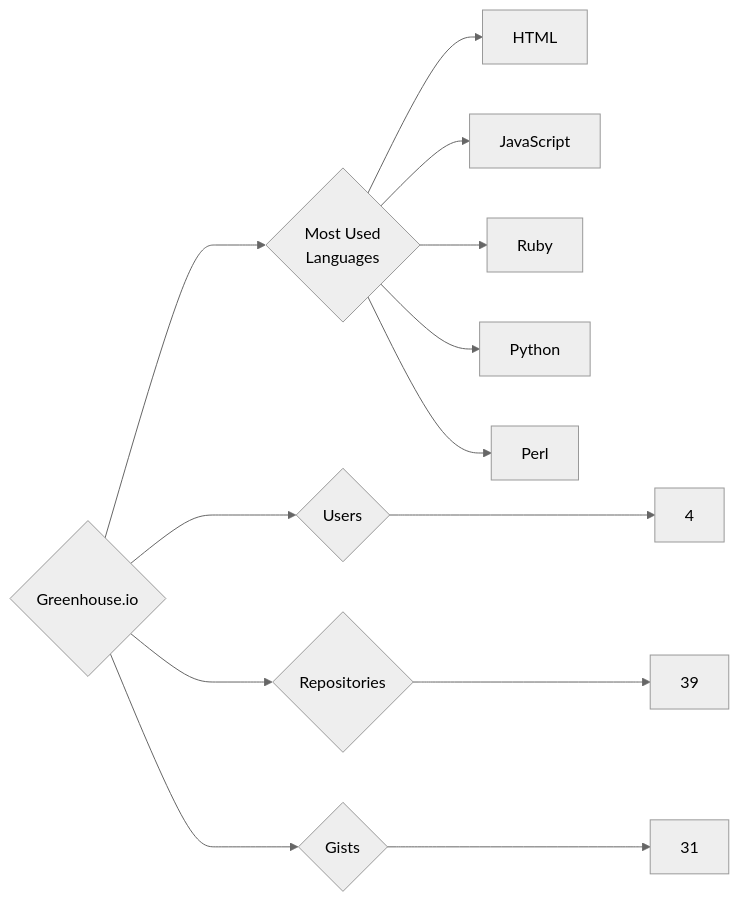
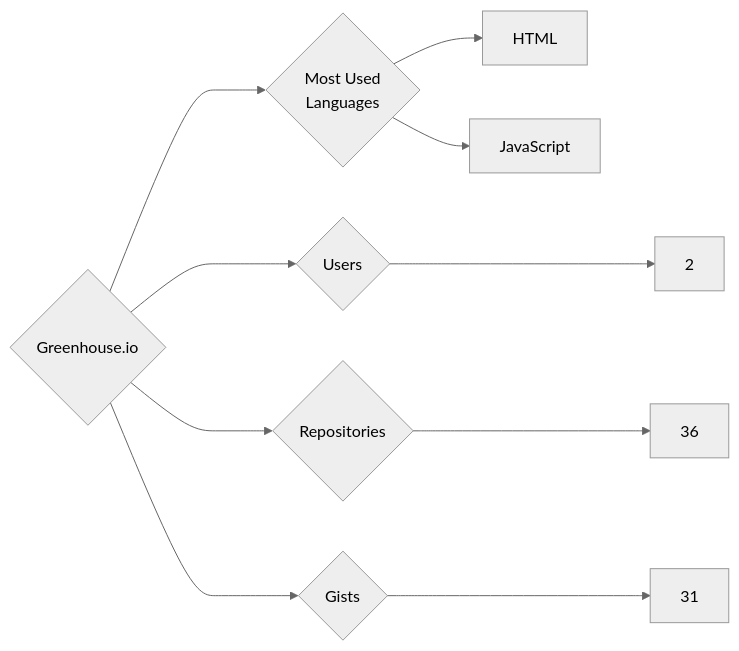
Before and after one commit to trickest/insiders: the diagram in targets/Greenhouse.io/README.md, drawn with Mermaid (neutral theme). The commit also changed 993 other files, not shown here.

````diff
--- a/targets/Greenhouse.io/README.md
+++ b/targets/Greenhouse.io/README.md
@@ -3,13 +3,10 @@
 ```mermaid
 graph LR
 COMPANY_NAME{Greenhouse.io}
-COMPANY_NAME ---> U{Users} ---> UN[4]
-COMPANY_NAME ---> R{Repositories} ---> RN[39]
+COMPANY_NAME ---> U{Users} ---> UN[2]
+COMPANY_NAME ---> R{Repositories} ---> RN[36]
 COMPANY_NAME ---> G{Gists} ---> GN[31]
 COMPANY_NAME ---> ML{Most Used<br>Languages}
 ML --> HTML[HTML]
 ML --> JavaScript[JavaScript]
-ML --> Ruby[Ruby]
-ML --> Python[Python]
-ML --> Perl[Perl]
 ```
````
